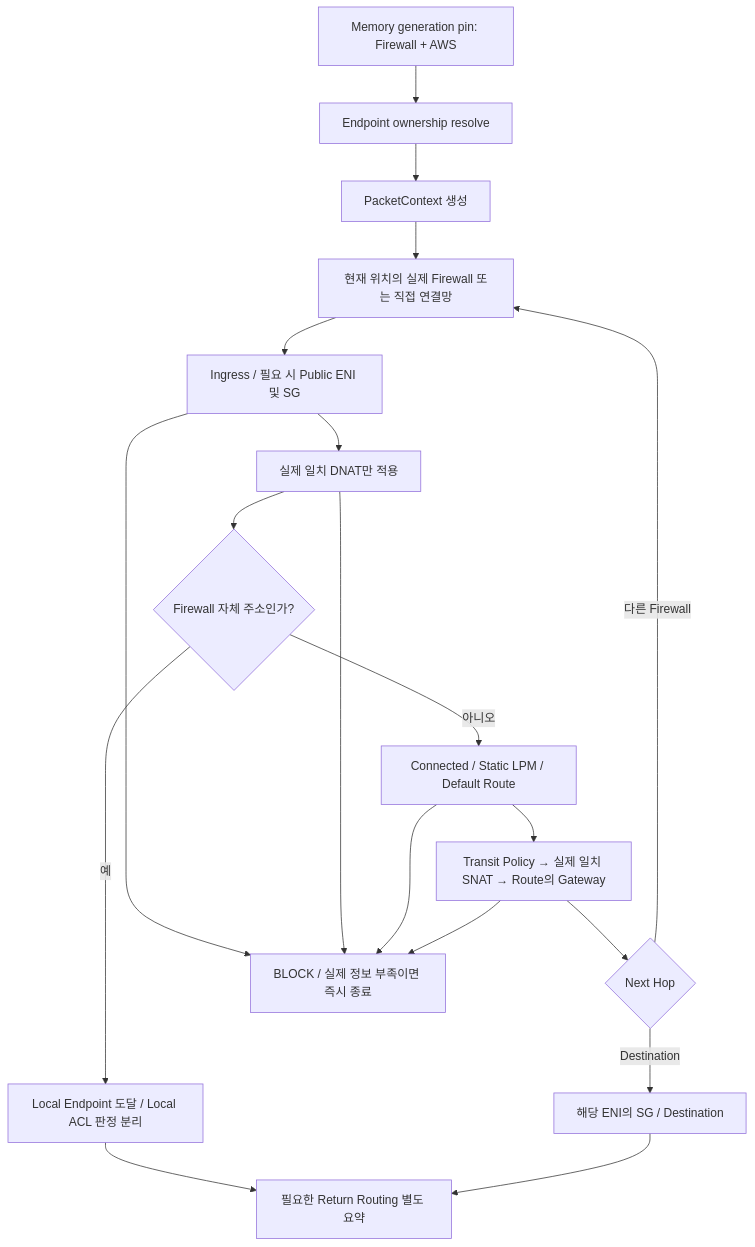
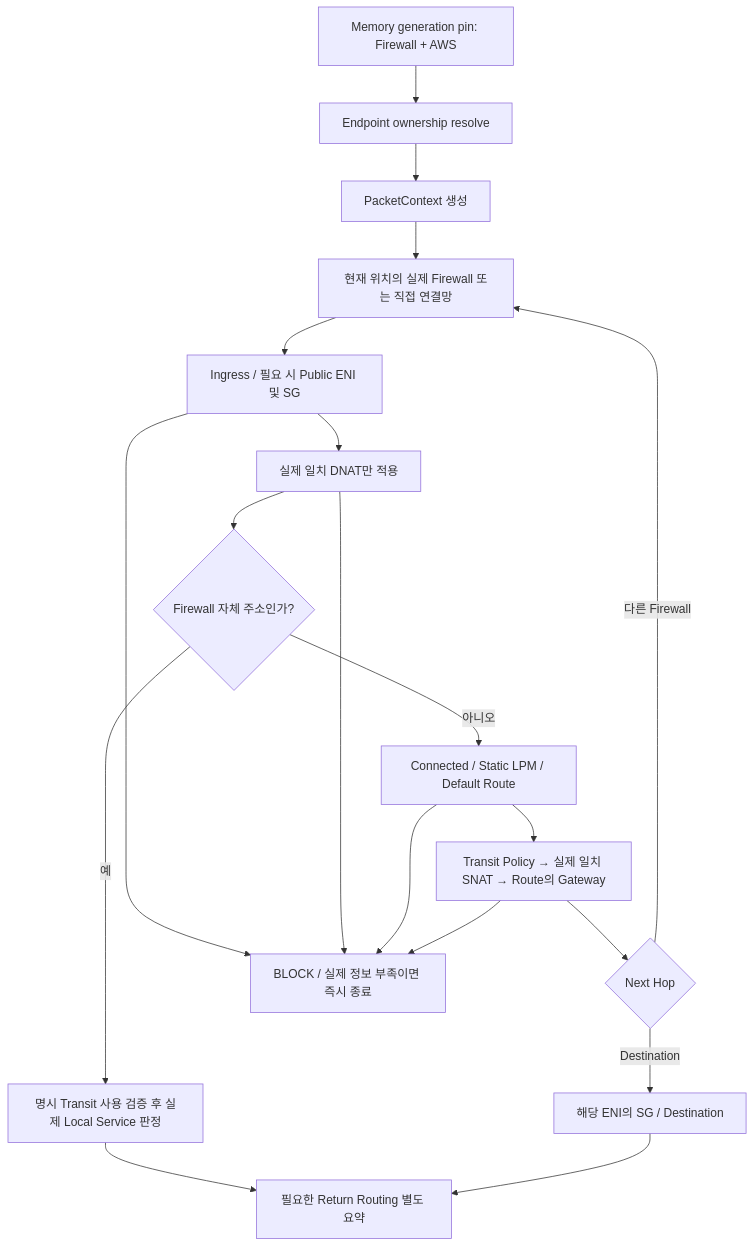
One commit to jinlobil/SMU changed the diagram in docs/firewall-dynamic-packet-flow.md. Above: the diagram before and after it, drawn with Mermaid. The commit also changed other lines of this file and 20 other files, not shown here.

````diff
--- a/docs/firewall-dynamic-packet-flow.md
+++ b/docs/firewall-dynamic-packet-flow.md
@@ -13,21 +15,21 @@
 ```mermaid
 flowchart TD
     A[Memory generation pin: Firewall + AWS] --> B[Endpoint ownership resolve]
     B --> C[PacketContext 생성]
     C --> D[현재 위치의 실제 Firewall 또는 직접 연결망]
     D --> E[Ingress / 필요 시 Public ENI 및 SG]
     E --> F[실제 일치 DNAT만 적용]
     F --> G{Firewall 자체 주소인가?}
-    G -->|예| L[Local Endpoint 도달 / Local ACL 판정 분리]
+    G -->|예| L[명시 Transit 사용 검증 후 실제 Local Service 판정]
     G -->|아니오| H[Connected / Static LPM / Default Route]
     H --> I[Transit Policy → 실제 일치 SNAT → Route의 Gateway]
     I --> J{Next Hop}
     J -->|다른 Firewall| D
     J -->|Destination| K[해당 ENI의 SG / Destination]
     L --> R[필요한 Return Routing 별도 요약]
     K --> R
     E --> X[BLOCK / 실제 정보 부족이면 즉시 종료]
     F --> X
     H --> X
     I --> X
 ```
````
